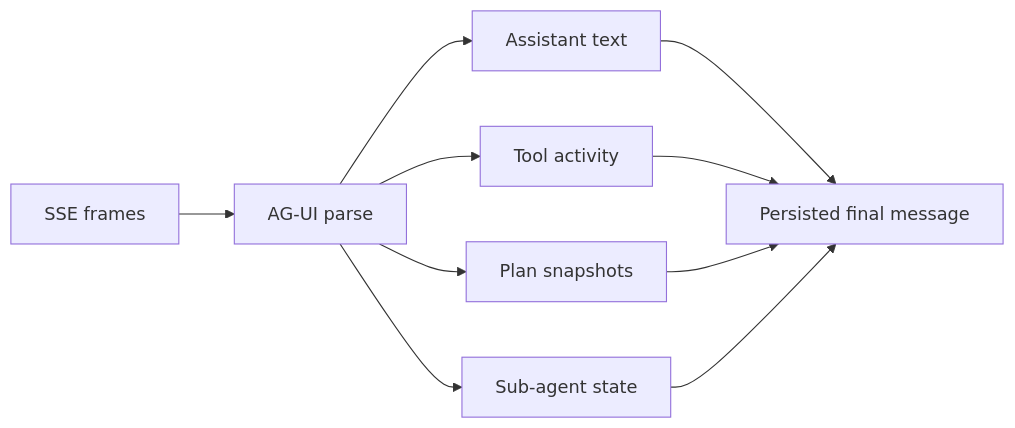
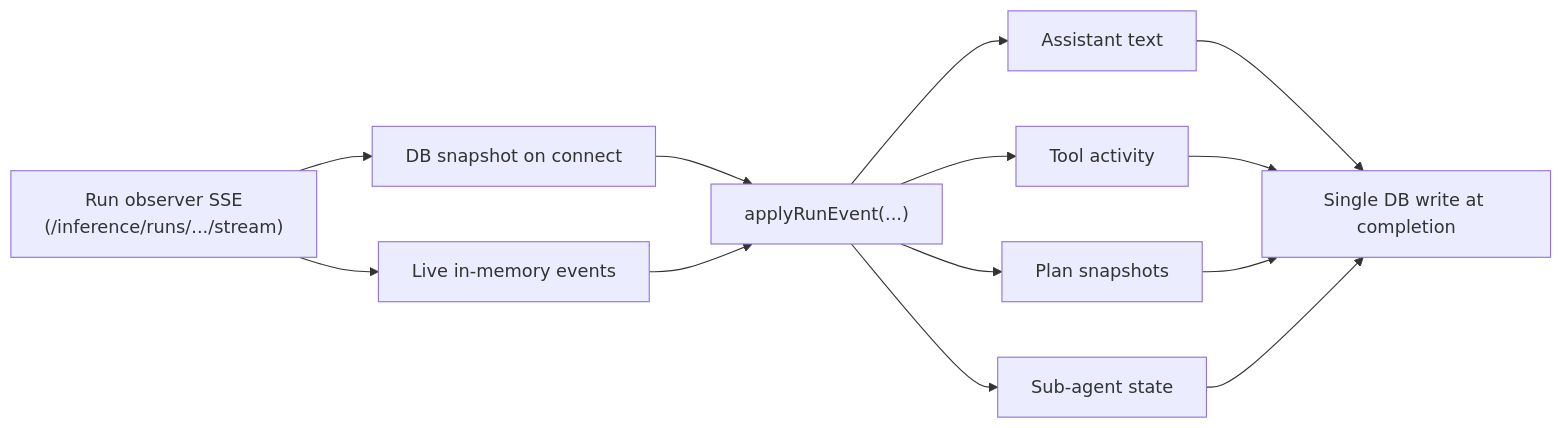
One commit to konstantinosmpouros/mAgenticX changed the fifth of 9 diagrams in README.md. Above: the diagram before and after it, drawn with Mermaid. The commit also changed other lines of this file and 30 other files, not shown here.

````diff
--- a/README.md
+++ b/README.md
@@ -165,20 +167,25 @@
 ```mermaid
 flowchart LR
-    SSE["SSE frames"]
-    Parse["AG-UI parse"]
+    Observer["Run observer SSE\n(/inference/runs/.../stream)"]
+    Snapshot["DB snapshot on connect"]
+    Live["Live in-memory events"]
+    Parse["applyRunEvent(...)"]
     Text["Assistant text"]
     Tools["Tool activity"]
     Plan["Plan snapshots"]
     Sub["Sub-agent state"]
-    Persist["Persisted final message"]
+    Persist["Single DB write at completion"]
 
-    SSE --> Parse
+    Observer --> Snapshot
+    Observer --> Live
+    Snapshot --> Parse
+    Live --> Parse
     Parse --> Text
     Parse --> Tools
     Parse --> Plan
     Parse --> Sub
     Text --> Persist
     Tools --> Persist
     Plan --> Persist
     Sub --> Persist
 ```
````
